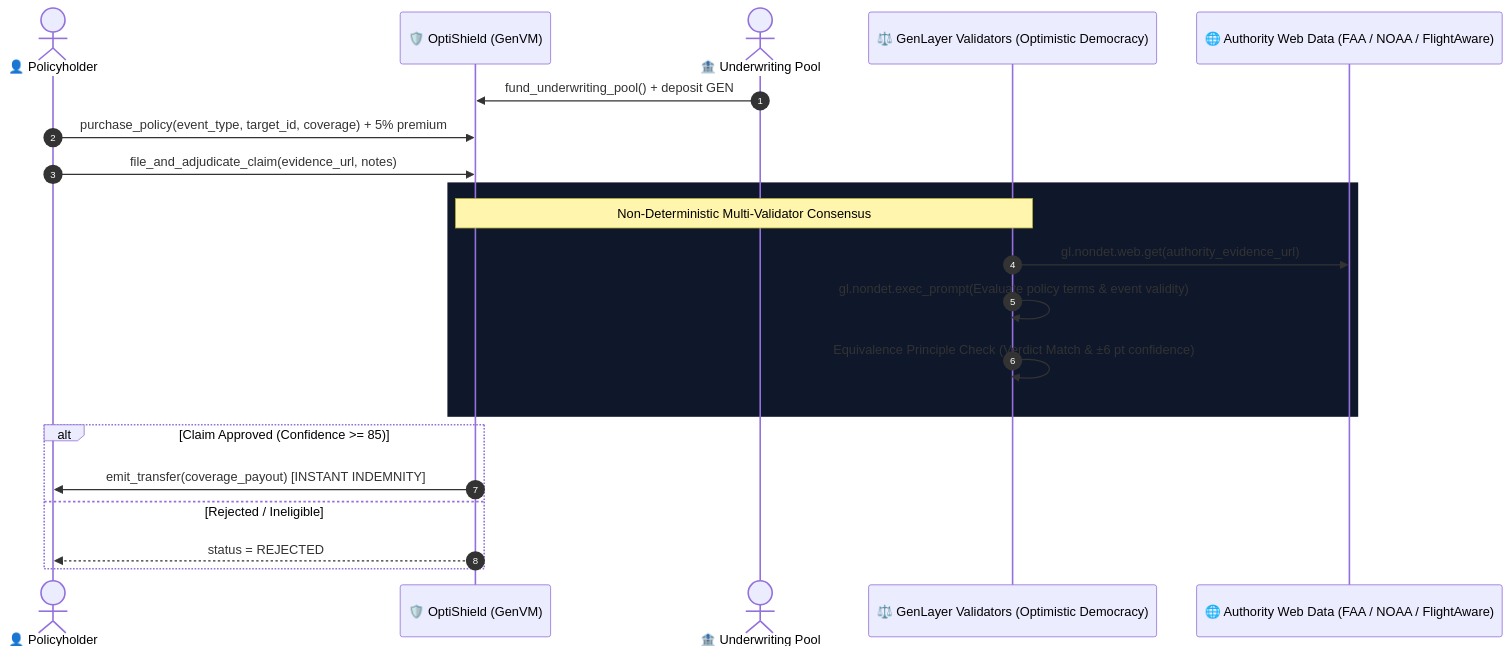
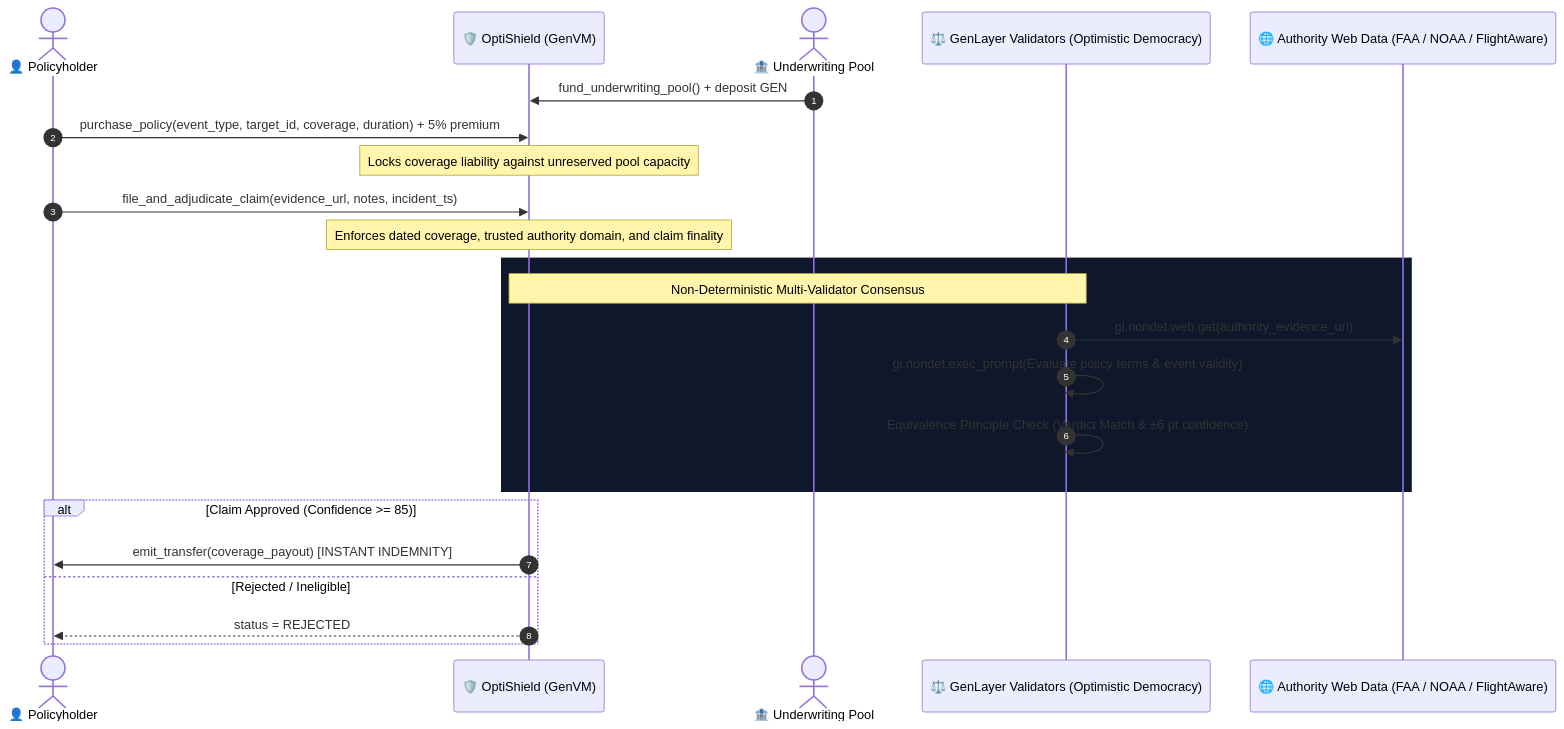
Before and after one commit to Lesnak1/optishield-insurance: the diagram in README.md, drawn with Mermaid. The commit also changed other lines of this file and 4 other files, not shown here.

First line of the commit message:
feat: enforce dated coverage, trusted authority whitelist, claim finality, reserved liabilities, and live genlayer-js client

````diff
--- a/README.md
+++ b/README.md
@@ -27,26 +43,28 @@
 ```mermaid
 sequenceDiagram
     autonumber
     actor User as 👤 Policyholder
     participant OptiShield as 🛡️ OptiShield (GenVM)
     actor LP as 🏦 Underwriting Pool
     participant Validators as ⚖️ GenLayer Validators (Optimistic Democracy)
     participant Authority as 🌐 Authority Web Data (FAA / NOAA / FlightAware)
 
     LP->>OptiShield: fund_underwriting_pool() + deposit GEN
-    User->>OptiShield: purchase_policy(event_type, target_id, coverage) + 5% premium
-    User->>OptiShield: file_and_adjudicate_claim(evidence_url, notes)
+    User->>OptiShield: purchase_policy(event_type, target_id, coverage, duration) + 5% premium
+    Note over OptiShield: Locks coverage liability against unreserved pool capacity
+    User->>OptiShield: file_and_adjudicate_claim(evidence_url, notes, incident_ts)
+    Note over OptiShield: Enforces dated coverage, trusted authority domain, and claim finality
 
     rect rgb(15, 23, 42)
         Note over OptiShield,Validators: Non-Deterministic Multi-Validator Consensus
         Validators->>Authority: gl.nondet.web.get(authority_evidence_url)
         Validators->>Validators: gl.nondet.exec_prompt(Evaluate policy terms & event validity)
         Validators->>Validators: Equivalence Principle Check (Verdict Match & ±6 pt confidence)
     end
 
     alt Claim Approved (Confidence >= 85)
         OptiShield->>User: emit_transfer(coverage_payout) [INSTANT INDEMNITY]
     else Rejected / Ineligible
         OptiShield-->>User: status = REJECTED
     end
 ```
````
